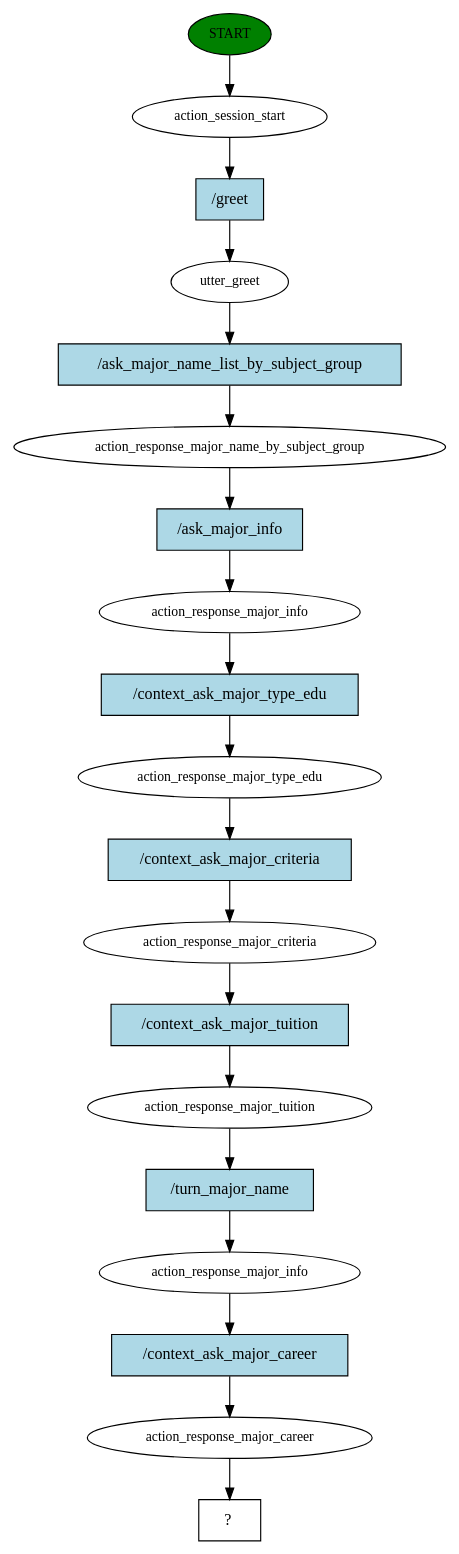
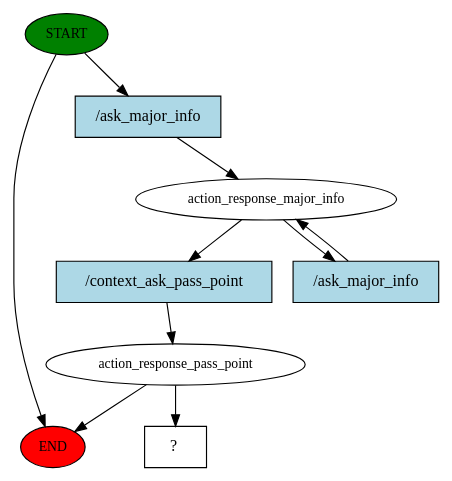
Before and after one commit to Jester6136/Edubot: the diagram in story_graph.dot, drawn with Graphviz. The commit also changed 8 other files, not shown here.

```diff
--- a/story_graph.dot
+++ b/story_graph.dot
@@ -1,39 +1,19 @@
 digraph  {
 0 [class="start active", fillcolor=green, fontsize=12, label=START, style=filled];
-1 [class=active, fontsize=12, label=action_session_start];
-2 [class=active, fontsize=12, label=utter_greet];
-3 [class=active, fontsize=12, label=action_response_major_name_by_subject_group];
-4 [class=active, fontsize=12, label=action_response_major_info];
-5 [class=active, fontsize=12, label=action_response_major_type_edu];
-6 [class=active, fontsize=12, label=action_response_major_criteria];
-7 [class=active, fontsize=12, label=action_response_major_tuition];
-8 [class=active, fontsize=12, label=action_response_major_info];
-9 [class=active, fontsize=12, label=action_response_major_career];
-10 [class="intent dashed active", label="  ?  ", shape=rect];
-11 [class="intent active", fillcolor=lightblue, label="/greet", shape=rect, style=filled];
-12 [class="intent active", fillcolor=lightblue, label="/ask_major_name_list_by_subject_group", shape=rect, style=filled];
-13 [class="intent active", fillcolor=lightblue, label="/ask_major_info", shape=rect, style=filled];
-14 [class="intent active", fillcolor=lightblue, label="/context_ask_major_type_edu", shape=rect, style=filled];
-15 [class="intent active", fillcolor=lightblue, label="/context_ask_major_criteria", shape=rect, style=filled];
-16 [class="intent active", fillcolor=lightblue, label="/context_ask_major_tuition", shape=rect, style=filled];
-17 [class="intent active", fillcolor=lightblue, label="/turn_major_name", shape=rect, style=filled];
-18 [class="intent active", fillcolor=lightblue, label="/context_ask_major_career", shape=rect, style=filled];
-0 -> 1  [class=active, key=NONE, label=""];
-1 -> 11  [class=active, key=0];
-2 -> 12  [class=active, key=0];
-3 -> 13  [class=active, key=0];
-4 -> 14  [class=active, key=0];
-5 -> 15  [class=active, key=0];
-6 -> 16  [class=active, key=0];
-7 -> 17  [class=active, key=0];
-8 -> 18  [class=active, key=0];
-9 -> 10  [class=active, key=NONE, label=""];
-11 -> 2  [class=active, key=0];
-12 -> 3  [class=active, key=0];
-13 -> 4  [class=active, key=0];
-14 -> 5  [class=active, key=0];
-15 -> 6  [class=active, key=0];
-16 -> 7  [class=active, key=0];
-17 -> 8  [class=active, key=0];
-18 -> 9  [class=active, key=0];
+"-1" [class=end, fillcolor=red, fontsize=12, label=END, style=filled];
+1 [class=active, fontsize=12, label=action_response_major_info];
+3 [class=active, fontsize=12, label=action_response_pass_point];
+7 [class="intent dashed active", label="  ?  ", shape=rect];
+8 [class="intent active", fillcolor=lightblue, label="/ask_major_info", shape=rect, style=filled];
+9 [class="intent active", fillcolor=lightblue, label="/context_ask_pass_point", shape=rect, style=filled];
+10 [class="intent active", fillcolor=lightblue, label="/ask_major_info", shape=rect, style=filled];
+0 -> "-1"  [class="", key=NONE, label=""];
+0 -> 8  [class=active, key=0];
+1 -> 9  [class=active, key=0];
+1 -> 10  [class=active, key=0];
+3 -> "-1"  [class="", key=NONE, label=""];
+3 -> 7  [class=active, key=NONE, label=""];
+8 -> 1  [class=active, key=0];
+9 -> 3  [class=active, key=0];
+10 -> 1  [class=active, key=0];
 }
```
